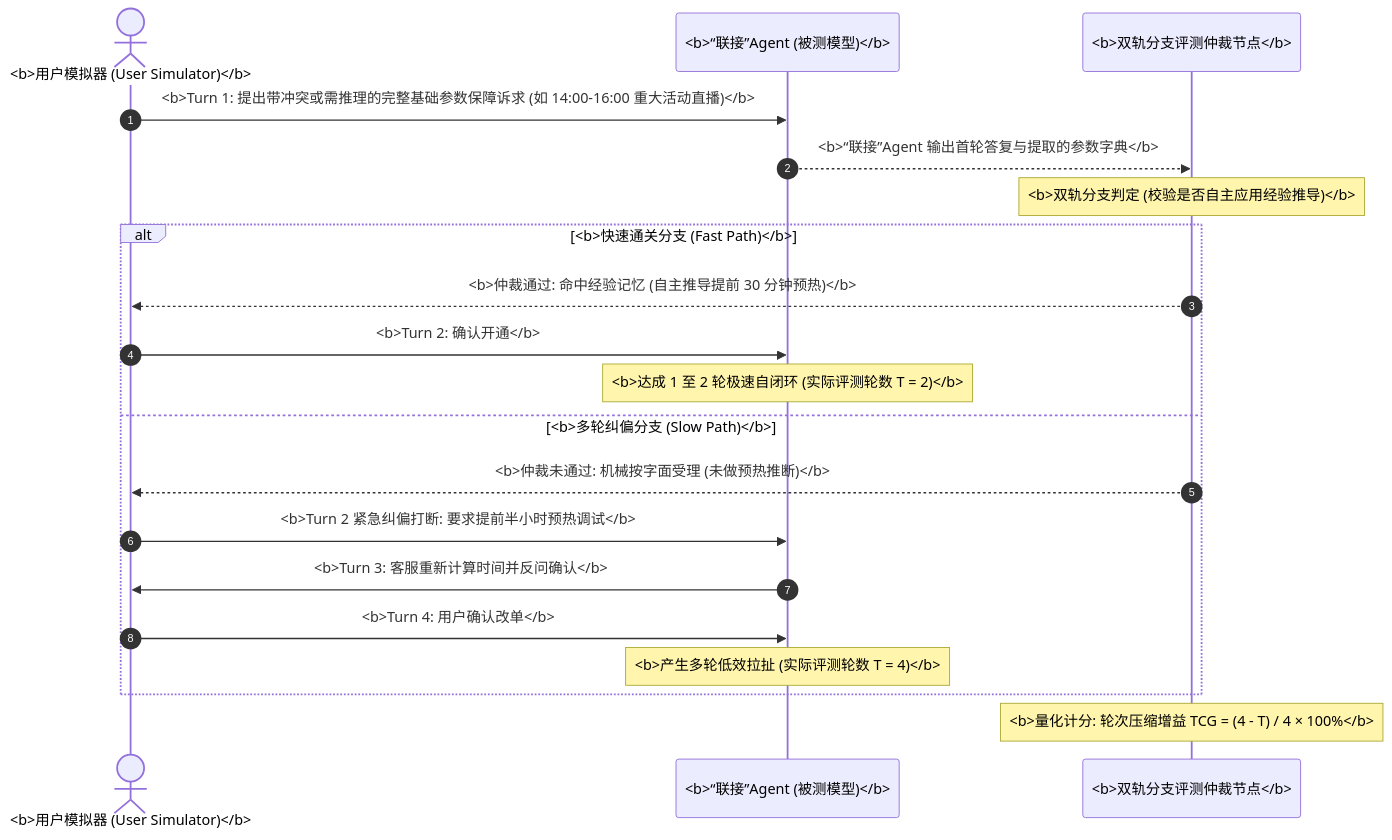
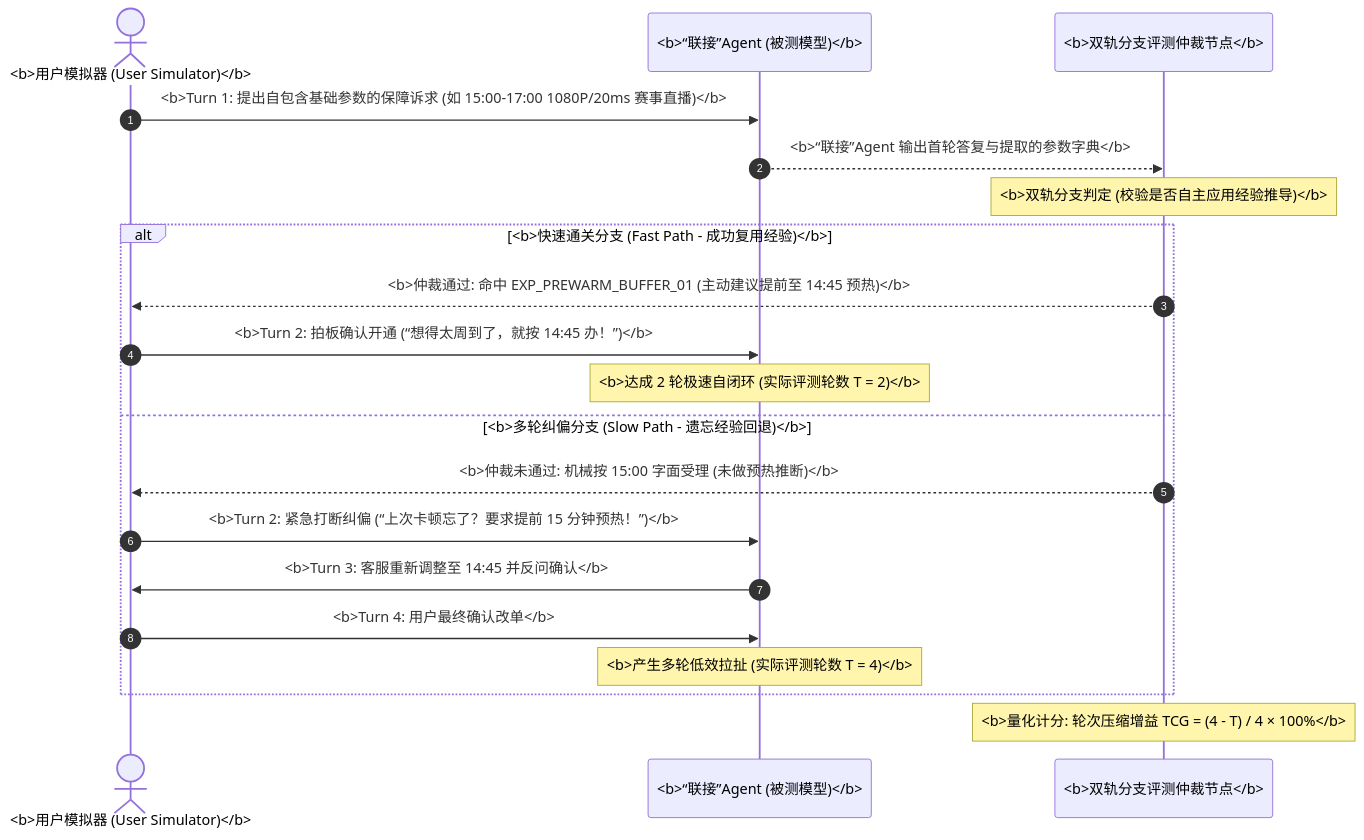
The sixth of 7 diagrams in docs/specs/cognitive_memory_dev_spec.md (wangbanjin1/cross_data_gen), drawn with Mermaid before and after one commit. The commit also changed other lines of this file and 17 other files, not shown here.

Commit message:
docs: reorganize 4-layer doc architecture, convert ASCII to Mermaid, and upgrade HTML visual renderer

````diff
--- a/docs/specs/cognitive_memory_dev_spec.md
+++ b/docs/specs/cognitive_memory_dev_spec.md
@@ -216,26 +298,26 @@
 ```mermaid
 sequenceDiagram
     autonumber
     actor UserSim as <b>用户模拟器 (User Simulator)</b>
     participant Agent as <b>“联接”Agent (被测模型)</b>
     participant Judge as <b>双轨分支评测仲裁节点</b>
 
-    UserSim->>Agent: <b>Turn 1: 提出带冲突或需推理的完整基础参数保障诉求 (如 14:00-16:00 重大活动直播)</b>
+    UserSim->>Agent: <b>Turn 1: 提出自包含基础参数的保障诉求 (如 15:00-17:00 1080P/20ms 赛事直播)</b>
     Agent-->>Judge: <b>“联接”Agent 输出首轮答复与提取的参数字典</b>
 
     Note over Judge: <b>双轨分支判定 (校验是否自主应用经验推导)</b>
 
-    alt <b>快速通关分支 (Fast Path)</b>
-        Judge-->>UserSim: <b>仲裁通过: 命中经验记忆 (自主推导提前 30 分钟预热)</b>
-        UserSim->>Agent: <b>Turn 2: 确认开通</b>
-        Note over Agent: <b>达成 1 至 2 轮极速自闭环 (实际评测轮数 T = 2)</b>
-    else <b>多轮纠偏分支 (Slow Path)</b>
-        Judge-->>UserSim: <b>仲裁未通过: 机械按字面受理 (未做预热推断)</b>
-        UserSim->>Agent: <b>Turn 2 紧急纠偏打断: 要求提前半小时预热调试</b>
-        Agent->>UserSim: <b>Turn 3: 客服重新计算时间并反问确认</b>
-        UserSim->>Agent: <b>Turn 4: 用户确认改单</b>
+    alt <b>快速通关分支 (Fast Path - 成功复用经验)</b>
+        Judge-->>UserSim: <b>仲裁通过: 命中 EXP_PREWARM_BUFFER_01 (主动建议提前至 14:45 预热)</b>
+        UserSim->>Agent: <b>Turn 2: 拍板确认开通 (“想得太周到了，就按 14:45 办！”)</b>
+        Note over Agent: <b>达成 2 轮极速自闭环 (实际评测轮数 T = 2)</b>
+    else <b>多轮纠偏分支 (Slow Path - 遗忘经验回退)</b>
+        Judge-->>UserSim: <b>仲裁未通过: 机械按 15:00 字面受理 (未做预热推断)</b>
+        UserSim->>Agent: <b>Turn 2: 紧急打断纠偏 (“上次卡顿忘了？要求提前 15 分钟预热！”)</b>
+        Agent->>UserSim: <b>Turn 3: 客服重新调整至 14:45 并反问确认</b>
+        UserSim->>Agent: <b>Turn 4: 用户最终确认改单</b>
         Note over Agent: <b>产生多轮低效拉扯 (实际评测轮数 T = 4)</b>
     end
 
     Note over Judge: <b>量化计分: 轮次压缩增益 TCG = (4 - T) / 4 × 100%</b>
 ```
````
